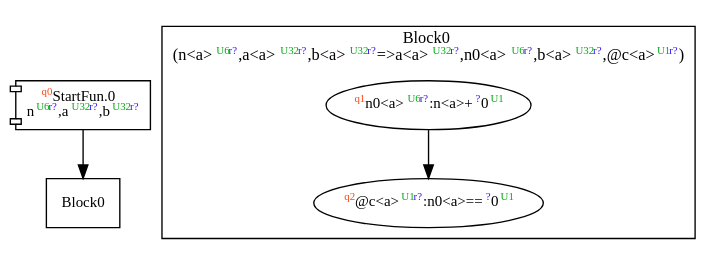
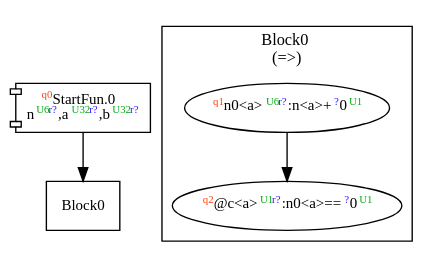
The diagram in dist/fib.dot (akouryy/SyntheScala), drawn with Graphviz before and after one commit. The commit also changed 5 other files, not shown here.

```diff
--- a/dist/fib.dot
+++ b/dist/fib.dot
@@ -1,15 +1,15 @@
 digraph Program_ {
   graph [fontname = "Monaco", fontsize = 12, ranksep = 0.5];
   node [shape = box, fontname = "Monaco", fontsize = 11; colorscheme = pastel19];
   edge [fontname = "Monaco", fontsize = 11; colorscheme = pastel19];
   Jump0[label = <<font color="#ff4411" point-size="8"><sup>q0</sup></font>StartFun.0<br/>n<font color="#00aa11" point-size="8"><sup>U6</sup></font><font color="#3311ff" point-size="8"><sup>r?</sup></font>,a<font color="#00aa11" point-size="8"><sup>U32</sup></font><font color="#3311ff" point-size="8"><sup>r?</sup></font>,b<font color="#00aa11" point-size="8"><sup>U32</sup></font><font color="#3311ff" point-size="8"><sup>r?</sup></font>>; shape = component];
   Jump0 -> Block0;
   Block0 [label = "Block0"];
   subgraph cluster_dfg_Block0 {
     node [shape = oval];
-    label = <Block0<br/>(n&lt;a&gt;<font color="#00aa11" point-size="8"><sup>U6</sup></font><font color="#3311ff" point-size="8"><sup>r?</sup></font>,a&lt;a&gt;<font color="#00aa11" point-size="8"><sup>U32</sup></font><font color="#3311ff" point-size="8"><sup>r?</sup></font>,b&lt;a&gt;<font color="#00aa11" point-size="8"><sup>U32</sup></font><font color="#3311ff" point-size="8"><sup>r?</sup></font>=&gt;a&lt;a&gt;<font color="#00aa11" point-size="8"><sup>U32</sup></font><font color="#3311ff" point-size="8"><sup>r?</sup></font>,n0&lt;a&gt;<font color="#00aa11" point-size="8"><sup>U6</sup></font><font color="#3311ff" point-size="8"><sup>r?</sup></font>,b&lt;a&gt;<font color="#00aa11" point-size="8"><sup>U32</sup></font><font color="#3311ff" point-size="8"><sup>r?</sup></font>,@c&lt;a&gt;<font color="#00aa11" point-size="8"><sup>U1</sup></font><font color="#3311ff" point-size="8"><sup>r?</sup></font>)>;
-    1 [label=<<font color="#ff4411" point-size="8"><sup>q1</sup></font>n0&lt;a&gt;<font color="#00aa11" point-size="8"><sup>U6</sup></font><font color="#3311ff" point-size="8"><sup>r?</sup></font>:n&lt;a&gt;+<font color="#3311ff" point-size="8"><sup>?</sup></font>0<font color="#00aa11" point-size="8"><sup>U1</sup></font>>];
-    3 [label=<<font color="#ff4411" point-size="8"><sup>q2</sup></font>@c&lt;a&gt;<font color="#00aa11" point-size="8"><sup>U1</sup></font><font color="#3311ff" point-size="8"><sup>r?</sup></font>:n0&lt;a&gt;==<font color="#3311ff" point-size="8"><sup>?</sup></font>0<font color="#00aa11" point-size="8"><sup>U1</sup></font>>];
-    1 -> 3;
+    label = <Block0<br/>(=&gt;)>;
+    8 [label=<<font color="#ff4411" point-size="8"><sup>q1</sup></font>n0&lt;a&gt;<font color="#00aa11" point-size="8"><sup>U6</sup></font><font color="#3311ff" point-size="8"><sup>r?</sup></font>:n&lt;a&gt;+<font color="#3311ff" point-size="8"><sup>?</sup></font>0<font color="#00aa11" point-size="8"><sup>U1</sup></font>>];
+    9 [label=<<font color="#ff4411" point-size="8"><sup>q2</sup></font>@c&lt;a&gt;<font color="#00aa11" point-size="8"><sup>U1</sup></font><font color="#3311ff" point-size="8"><sup>r?</sup></font>:n0&lt;a&gt;==<font color="#3311ff" point-size="8"><sup>?</sup></font>0<font color="#00aa11" point-size="8"><sup>U1</sup></font>>];
+    8 -> 9;
   }
 }
```
